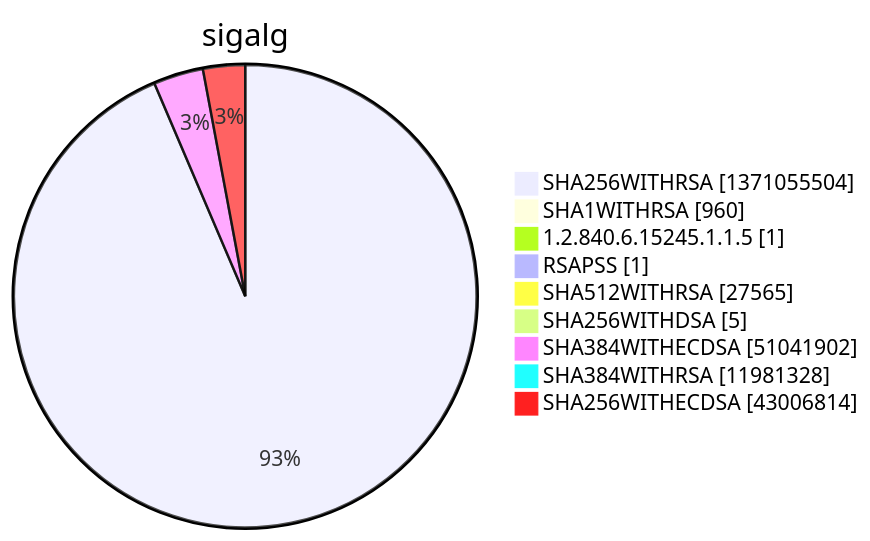
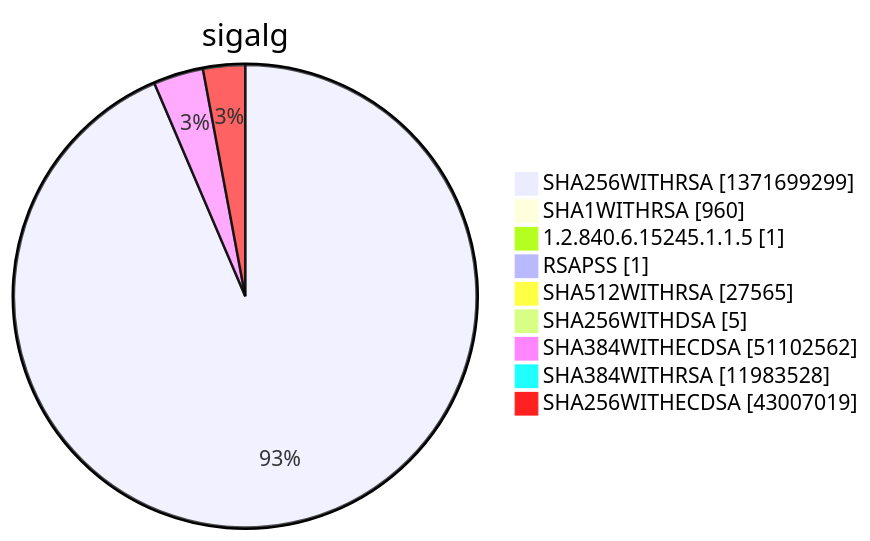
Diagram 15 of 15 in argon2022/README.md (christiankrug/ctmonitor_visualization), drawn with Mermaid before and after one commit. The commit also changed other lines of this file, not shown here.

````diff
--- a/argon2022/README.md
+++ b/argon2022/README.md
@@ -5524,13 +5524,13 @@
 ```mermaid
 pie showData
 title sigalg
-"SHA256WITHRSA" :1371055504
+"SHA256WITHRSA" :1371699299
 "SHA1WITHRSA" :960
 "1.2.840.6.15245.1.1.5" :1
 "RSAPSS" :1
 "SHA512WITHRSA" :27565
 "SHA256WITHDSA" :5
-"SHA384WITHECDSA" :51041902
-"SHA384WITHRSA" :11981328
-"SHA256WITHECDSA" :43006814
+"SHA384WITHECDSA" :51102562
+"SHA384WITHRSA" :11983528
+"SHA256WITHECDSA" :43007019
 ```
````
